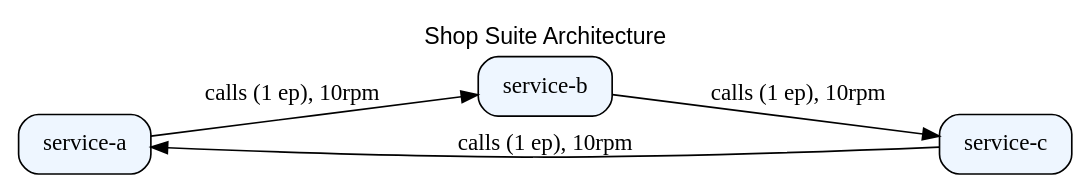
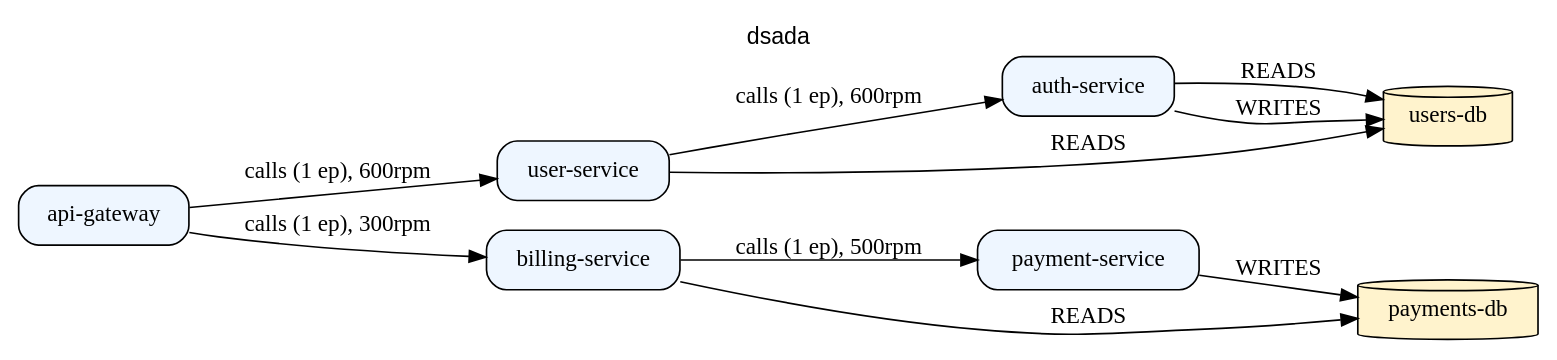
The diagram in out/graph.dot (GoSim-25-26J-441/go-sim-backend), drawn with Graphviz before and after one commit. The commit also changed 47 other files, not shown here.

```diff
--- a/out/graph.dot
+++ b/out/graph.dot
@@ -1,11 +1,21 @@
 digraph G {
   rankdir=LR;
   node [shape=box, style=rounded];
-  labelloc="t"; label="Shop Suite Architecture"; fontname="Helvetica";
-  "SERVICE:service-a" [label="service-a", shape=box,style="rounded,filled",fillcolor="#eef6ff"];
-  "SERVICE:service-b" [label="service-b", shape=box,style="rounded,filled",fillcolor="#eef6ff"];
-  "SERVICE:service-c" [label="service-c", shape=box,style="rounded,filled",fillcolor="#eef6ff"];
-  "SERVICE:service-a" -> "SERVICE:service-b" [label="calls (1 ep), 10rpm", tooltip="edge#0"];
-  "SERVICE:service-b" -> "SERVICE:service-c" [label="calls (1 ep), 10rpm", tooltip="edge#1"];
-  "SERVICE:service-c" -> "SERVICE:service-a" [label="calls (1 ep), 10rpm", tooltip="edge#2"];
+  labelloc="t"; label="dsada"; fontname="Helvetica";
+  "SERVICE:api-gateway" [label="api-gateway", shape=box,style="rounded,filled",fillcolor="#eef6ff"];
+  "SERVICE:user-service" [label="user-service", shape=box,style="rounded,filled",fillcolor="#eef6ff"];
+  "SERVICE:auth-service" [label="auth-service", shape=box,style="rounded,filled",fillcolor="#eef6ff"];
+  "SERVICE:billing-service" [label="billing-service", shape=box,style="rounded,filled",fillcolor="#eef6ff"];
+  "SERVICE:payment-service" [label="payment-service", shape=box,style="rounded,filled",fillcolor="#eef6ff"];
+  "DATABASE:users-db" [label="users-db", shape=cylinder,style="filled",fillcolor="#fff3cd"];
+  "DATABASE:payments-db" [label="payments-db", shape=cylinder,style="filled",fillcolor="#fff3cd"];
+  "SERVICE:api-gateway" -> "SERVICE:user-service" [label="calls (1 ep), 600rpm", tooltip="edge#0"];
+  "SERVICE:api-gateway" -> "SERVICE:billing-service" [label="calls (1 ep), 300rpm", tooltip="edge#1"];
+  "SERVICE:user-service" -> "SERVICE:auth-service" [label="calls (1 ep), 600rpm", tooltip="edge#2"];
+  "SERVICE:user-service" -> "DATABASE:users-db" [label="READS", tooltip="edge#3"];
+  "SERVICE:auth-service" -> "DATABASE:users-db" [label="READS", tooltip="edge#4"];
+  "SERVICE:auth-service" -> "DATABASE:users-db" [label="WRITES", tooltip="edge#5"];
+  "SERVICE:billing-service" -> "SERVICE:payment-service" [label="calls (1 ep), 500rpm", tooltip="edge#6"];
+  "SERVICE:billing-service" -> "DATABASE:payments-db" [label="READS", tooltip="edge#7"];
+  "SERVICE:payment-service" -> "DATABASE:payments-db" [label="WRITES", tooltip="edge#8"];
 }
```
